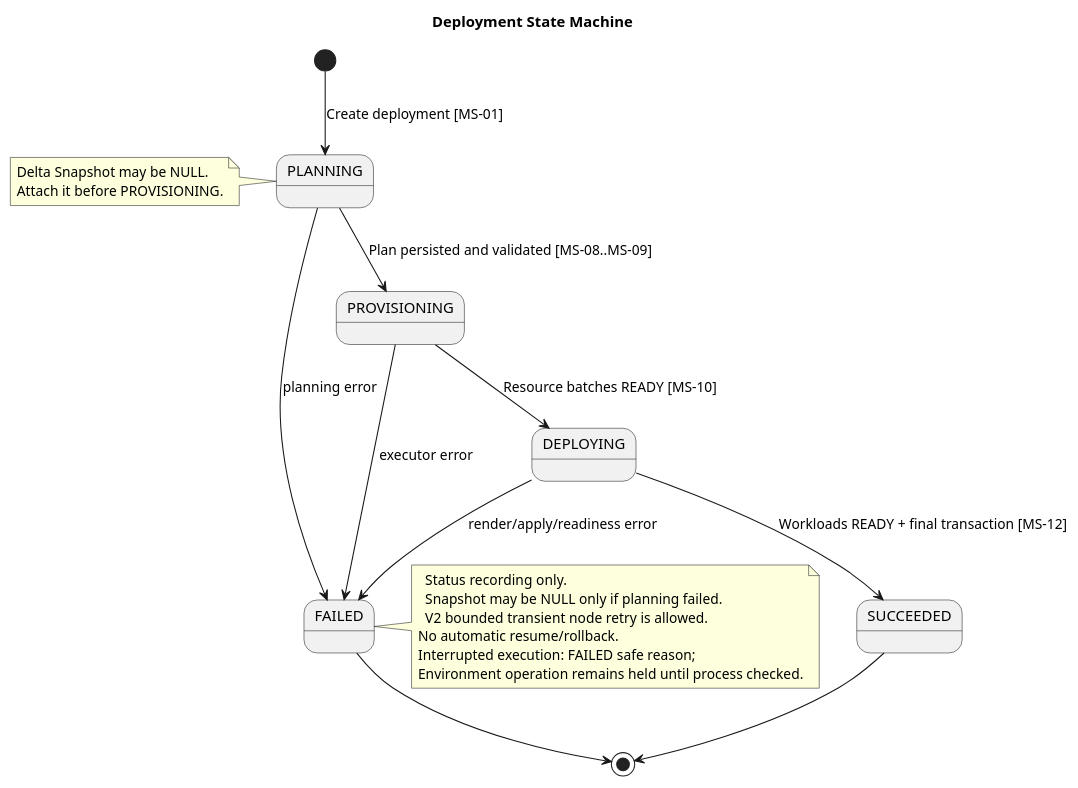
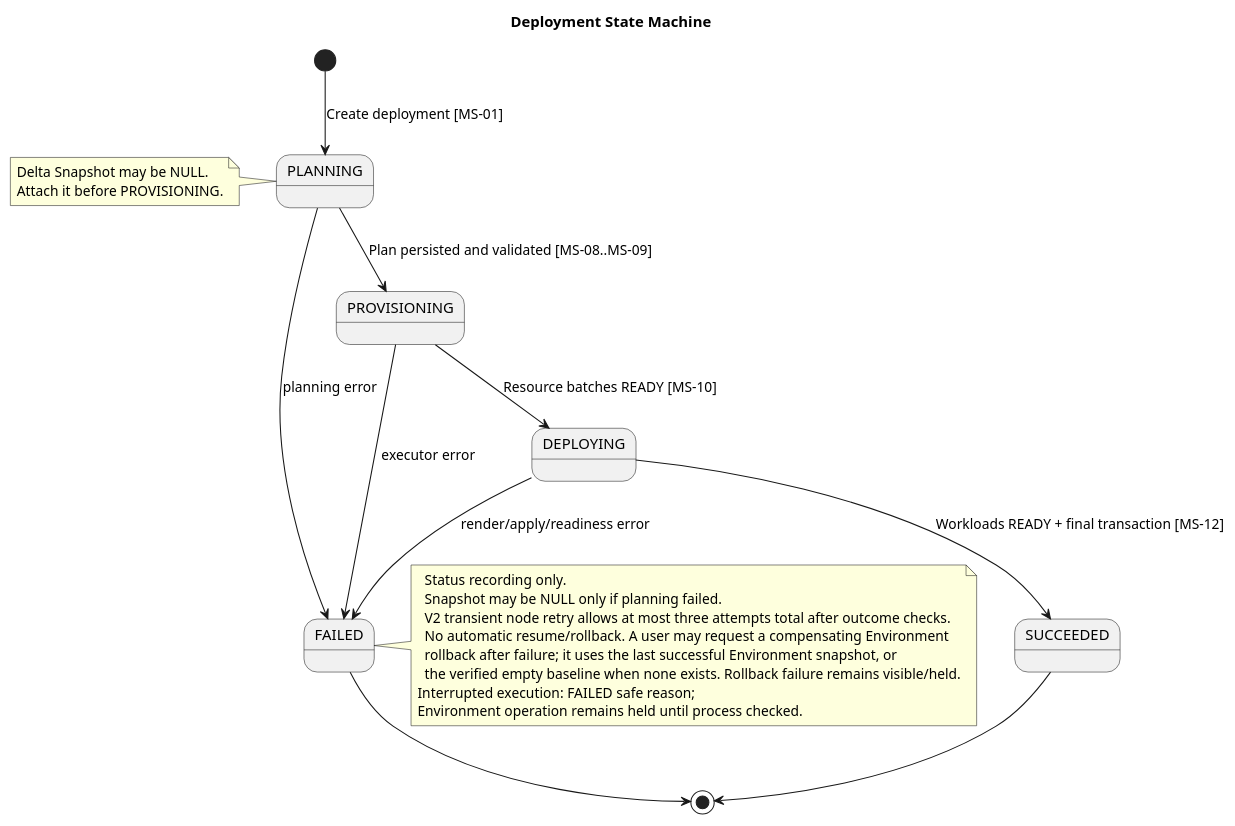
The diagram in orchestrator_docs/architecture/state-machines/deployment.puml (pr3s3nt/poc), drawn with PlantUML before and after one commit. The commit also changed 17 other files, not shown here.

Commit message:
feat(tfexec): allow three safe transient invocations (Refs #49)

```diff
--- a/orchestrator_docs/architecture/state-machines/deployment.puml
+++ b/orchestrator_docs/architecture/state-machines/deployment.puml
@@ -1,24 +1,26 @@
 @startuml
 title Deployment State Machine
 [*] --> PLANNING : Create deployment [MS-01]
 PLANNING --> PROVISIONING : Plan persisted and validated [MS-08..MS-09]
 PROVISIONING --> DEPLOYING : Resource batches READY [MS-10]
 DEPLOYING --> SUCCEEDED : Workloads READY + final transaction [MS-12]
 PLANNING --> FAILED : planning error
 PROVISIONING --> FAILED : executor error
 DEPLOYING --> FAILED : render/apply/readiness error
 SUCCEEDED --> [*]
 FAILED --> [*]
 note left of PLANNING
   Delta Snapshot may be NULL.
   Attach it before PROVISIONING.
 end note
 note right of FAILED
   Status recording only.
   Snapshot may be NULL only if planning failed.
-  V2 bounded transient node retry is allowed.
-No automatic resume/rollback.
+  V2 transient node retry allows at most three attempts total after outcome checks.
+  No automatic resume/rollback. A user may request a compensating Environment
+  rollback after failure; it uses the last successful Environment snapshot, or
+  the verified empty baseline when none exists. Rollback failure remains visible/held.
 Interrupted execution: FAILED safe reason;
 Environment operation remains held until process checked.
 end note
 @enduml
```
